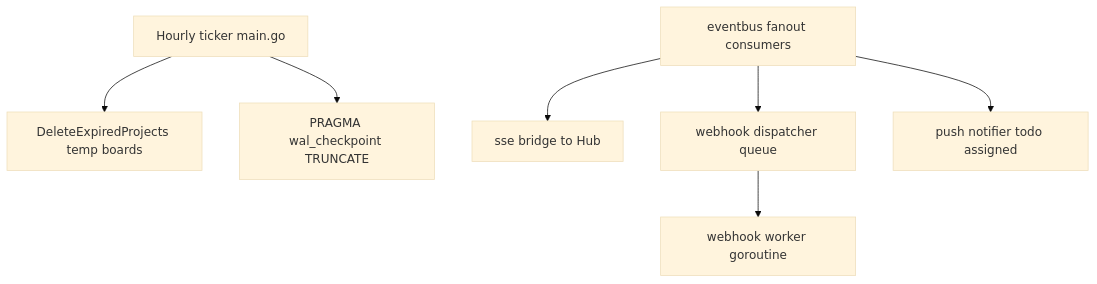
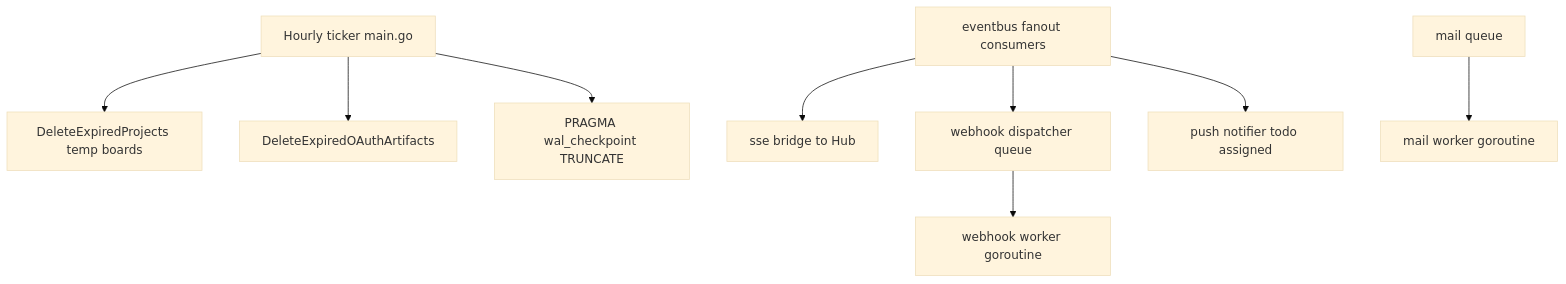
Before and after one commit to bhardwajRahul/scrumboy: the second of 2 diagrams in docs/diagrams/scrumboy_bootstrap.md, drawn with Mermaid (base theme). The commit also changed other lines of this file and 38 other files, not shown here.

````diff
--- a/docs/diagrams/scrumboy_bootstrap.md
+++ b/docs/diagrams/scrumboy_bootstrap.md
@@ -28,13 +36,16 @@
 ```mermaid
 flowchart TB
   Hourly[Hourly ticker main.go]
   Hourly --> Expire[DeleteExpiredProjects temp boards]
+  Hourly --> OAuthClean[DeleteExpiredOAuthArtifacts]
   Hourly --> Wal[PRAGMA wal_checkpoint TRUNCATE]
 
   Fanout[eventbus fanout consumers]
   Fanout --> SSE[sse bridge to Hub]
   Fanout --> WH[webhook dispatcher queue]
   Fanout --> PushN[push notifier todo assigned]
 
   WH --> Worker[webhook worker goroutine]
+  MailQ2[mail queue]
+  MailQ2 --> MailWorker[mail worker goroutine]
 ```
````
